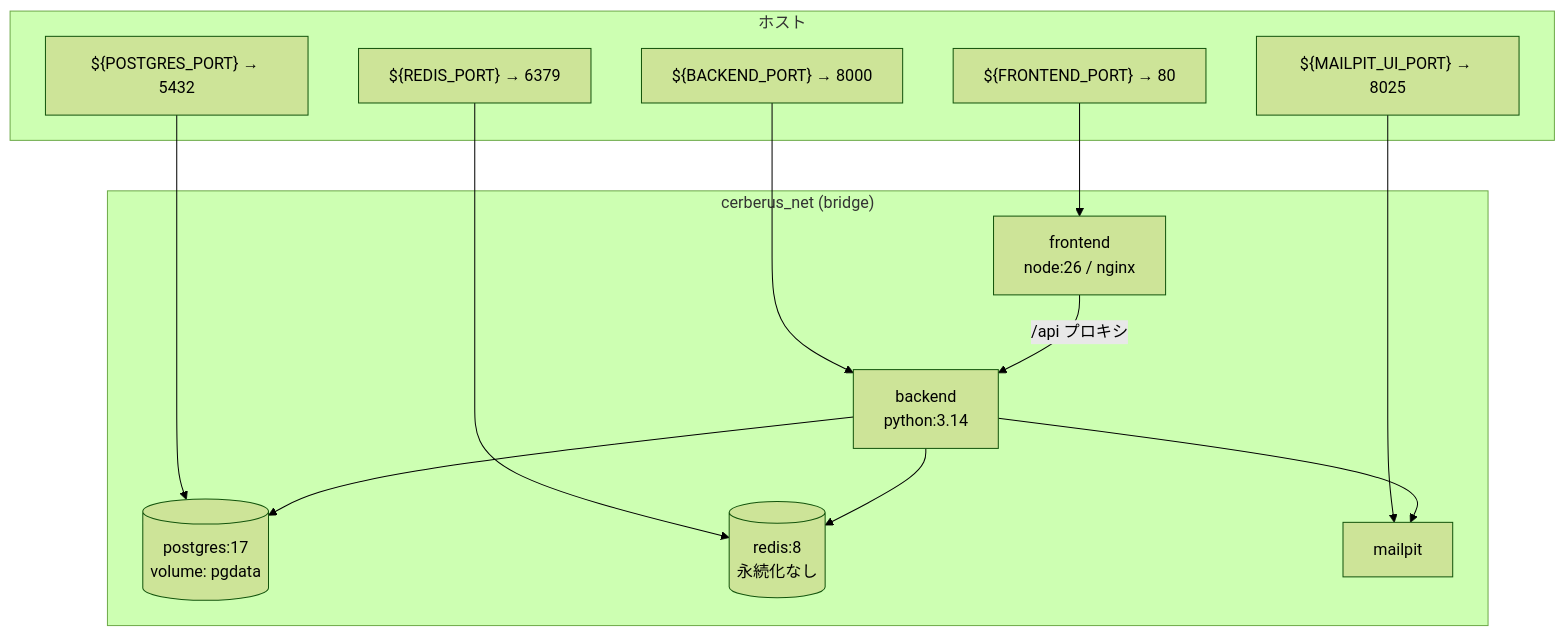
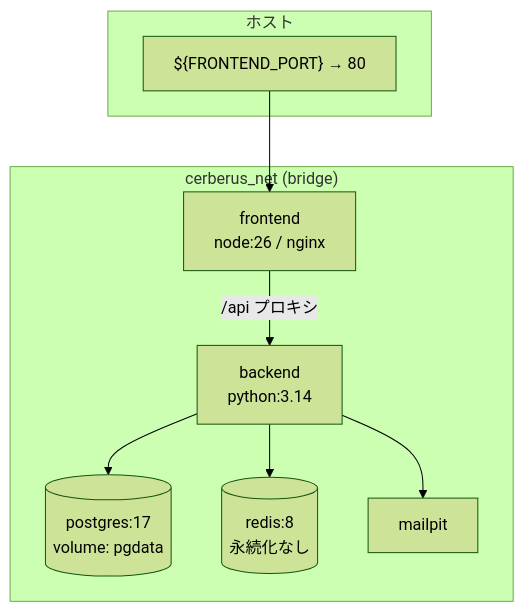
The first of 3 diagrams in basic_design/06_infra_cicd.md (oikawa-d/task_management), drawn with Mermaid (forest theme) before and after one commit. The commit also changed other lines of this file and 15 other files, not shown here.

````diff
--- a/basic_design/06_infra_cicd.md
+++ b/basic_design/06_infra_cicd.md
@@ -16,28 +16,20 @@
 ```mermaid
 flowchart TB
     subgraph host["ホスト"]
         P1["${FRONTEND_PORT} → 80"]
-        P2["${BACKEND_PORT} → 8000"]
-        P3["${POSTGRES_PORT} → 5432"]
-        P4["${REDIS_PORT} → 6379"]
-        P5["${MAILPIT_UI_PORT} → 8025"]
     end
 
     subgraph net["cerberus_net (bridge)"]
         FE["frontend<br/>node:26 / nginx"]
         BE["backend<br/>python:3.14"]
         PG[("postgres:17<br/>volume: pgdata")]
         RD[("redis:8<br/>永続化なし")]
         MP["mailpit"]
     end
 
     P1 --> FE
-    P2 --> BE
-    P3 --> PG
-    P4 --> RD
-    P5 --> MP
     FE -->|"/api プロキシ"| BE
     BE --> PG
     BE --> RD
     BE --> MP
 ```
````
